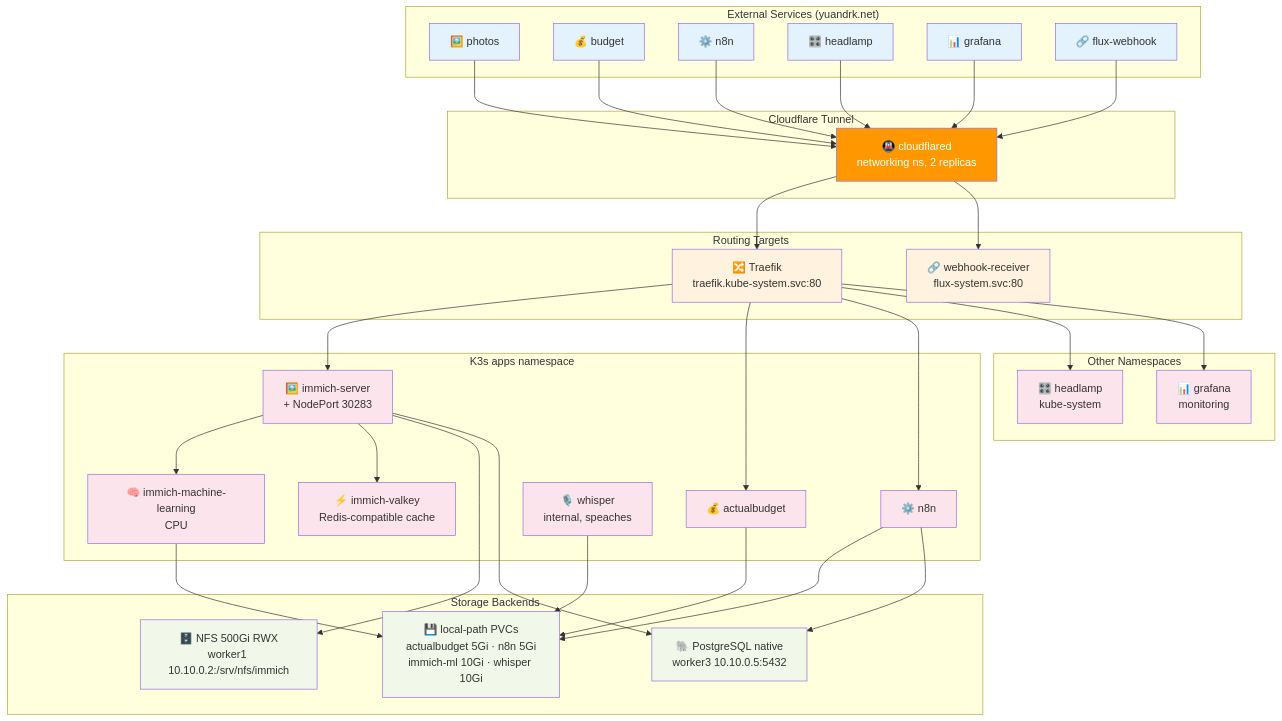
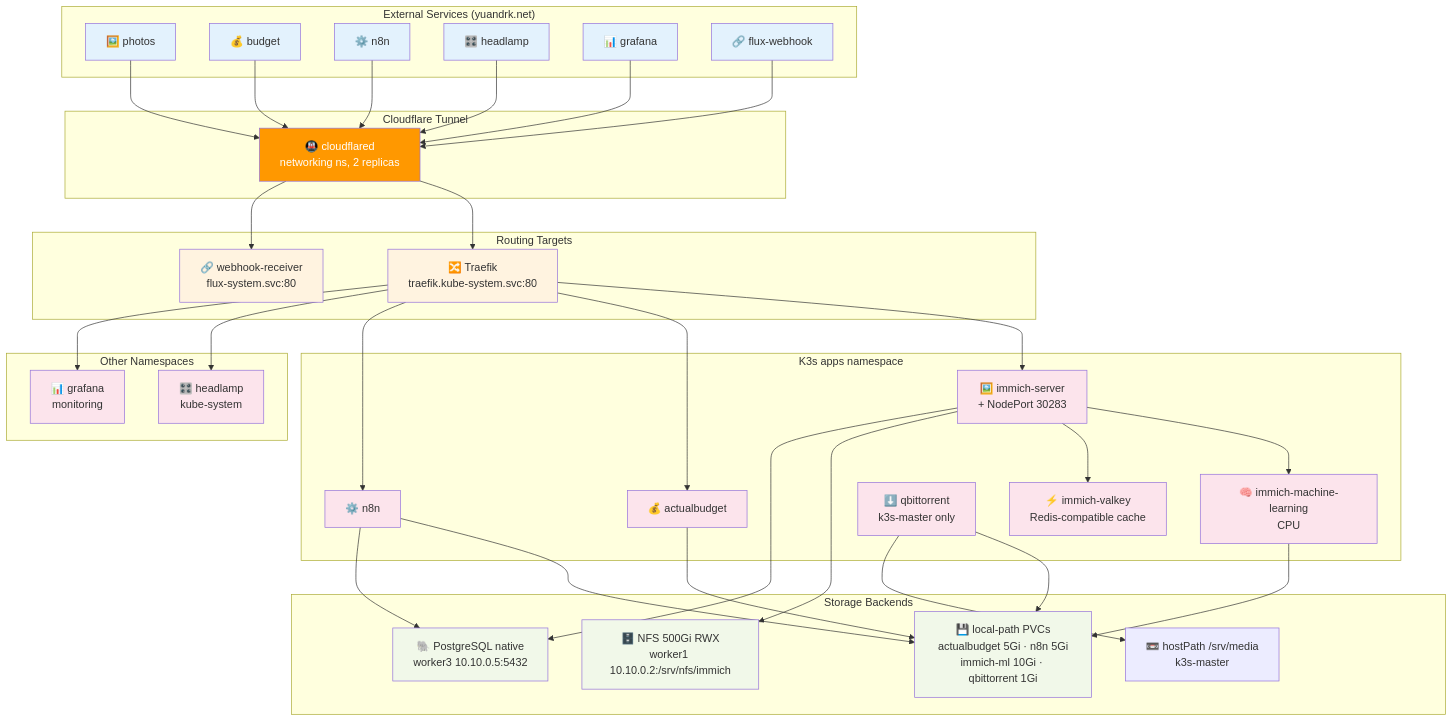
The fifth of 6 diagrams in docs/architecture-diagrams.md (yuandrk/homelabops), drawn with Mermaid before and after one commit. The commit also changed other lines of this file and 16 other files, not shown here.

````diff
--- a/docs/architecture-diagrams.md
+++ b/docs/architecture-diagrams.md
@@ -301,7 +301,7 @@
         Valkey[⚡ immich-valkey<br/>Redis-compatible cache]
         ActualApp[💰 actualbudget]
         N8nApp[⚙️ n8n]
-        WhisperApp[🎙️ whisper<br/>internal, speaches]
+        QBitApp[⬇️ qbittorrent<br/>k3s-master only]
     end
 
     subgraph "Other Namespaces"
@@ -310,7 +310,8 @@
     end
 
     subgraph "Storage Backends"
-        LocalPV[💾 local-path PVCs<br/>actualbudget 5Gi · n8n 5Gi<br/>immich-ml 10Gi · whisper 10Gi]
+        LocalPV[💾 local-path PVCs<br/>actualbudget 5Gi · n8n 5Gi<br/>immich-ml 10Gi · qbittorrent 1Gi]
+        MediaHost[📼 hostPath /srv/media<br/>k3s-master]
         NFSPV[🗄️ NFS 500Gi RWX<br/>worker1 10.10.0.2:/srv/nfs/immich]
         PG[🐘 PostgreSQL native<br/>worker3 10.10.0.5:5432]
     end
@@ -341,7 +342,8 @@
     %% Storage
     ActualApp --> LocalPV
     N8nApp --> LocalPV
-    WhisperApp --> LocalPV
+    QBitApp --> LocalPV
+    QBitApp --> MediaHost
     ImmichML --> LocalPV
     ImmichApp --> NFSPV
     ImmichApp --> PG
@@ -356,6 +358,6 @@
     class Photos,Budget,N8nExt,HeadlampExt,GrafanaExt,Webhook external
     class CFT tunnel
     class TraefikSvc,WebhookSvc host
-    class ImmichApp,ImmichML,Valkey,ActualApp,N8nApp,WhisperApp,MCPBotApp,HeadlampApp,GrafanaApp k8s
+    class ImmichApp,ImmichML,Valkey,ActualApp,N8nApp,QBitApp,HeadlampApp,GrafanaApp k8s
     class LocalPV,NFSPV,PG storage
 ```
````
